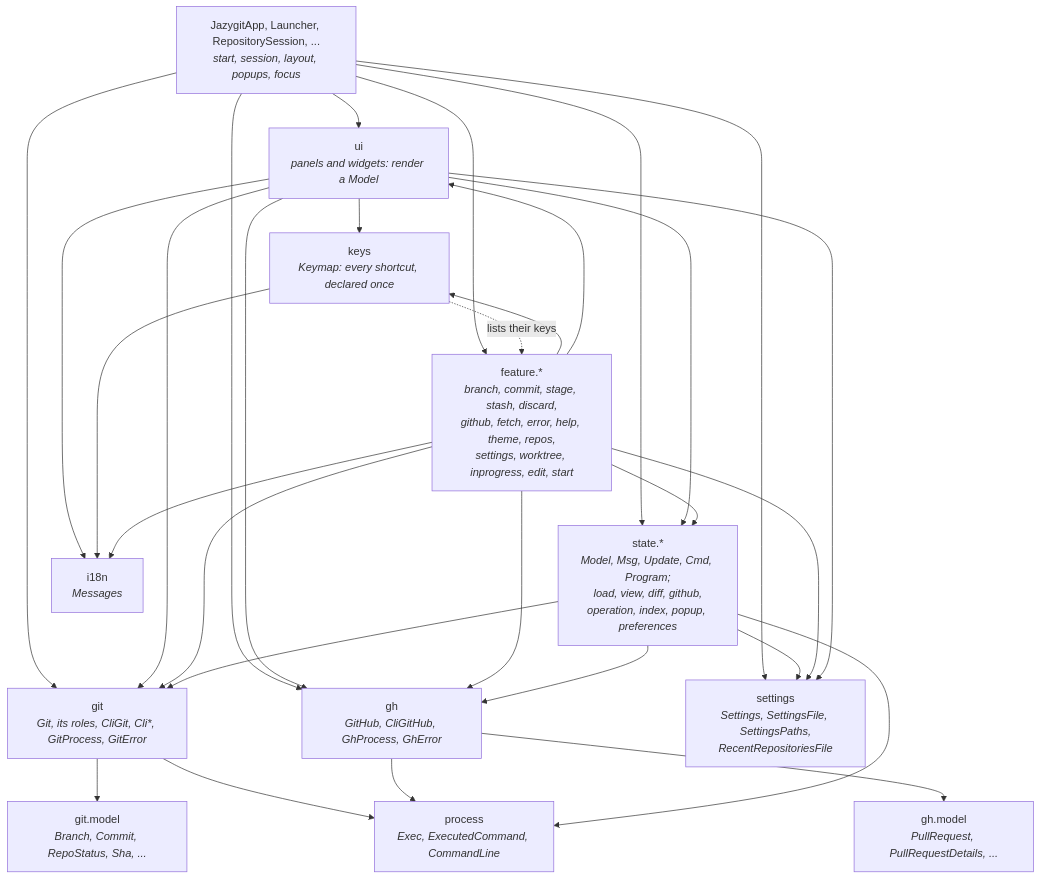
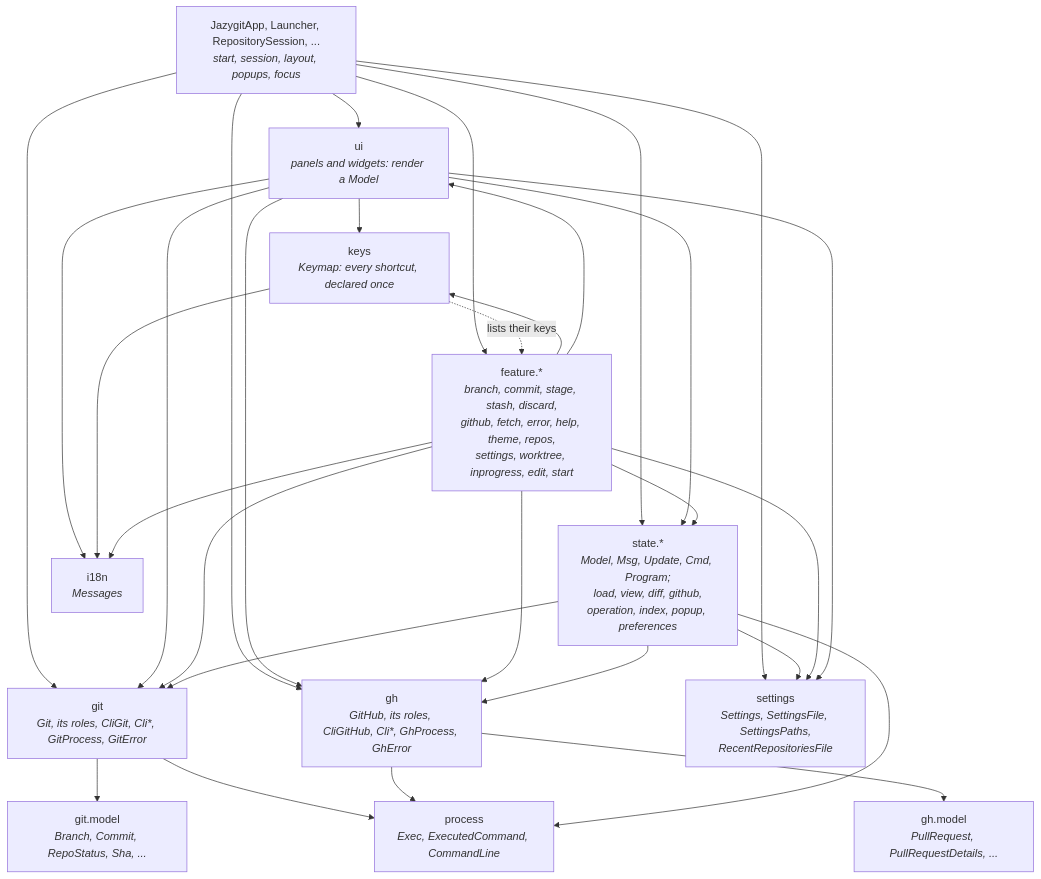
One commit to cvanfleteren/jazygit changed the first of 7 diagrams in ARCHITECTURE.md. Above: the diagram before and after it, drawn with Mermaid. The commit also changed other lines of this file and 99 other files, not shown here.

First line of the commit message:
GitHub in roles: PullRequests, Reviews, Checks, Stacks, Account (ADR 114) (#449)

````diff
--- a/ARCHITECTURE.md
+++ b/ARCHITECTURE.md
@@ -47,45 +47,45 @@
 ```mermaid
 graph TD
     App["JazygitApp, Launcher, RepositorySession, ...<br/><i>start, session, layout, popups, focus</i>"]
     UI["ui<br/><i>panels and widgets: render a Model</i>"]
     Keys["keys<br/><i>Keymap: every shortcut, declared once</i>"]
     Feature["feature.*<br/><i>branch, commit, stage, stash, discard,<br/>github, fetch, error, help, theme, repos,<br/>settings, worktree, inprogress, edit, start</i>"]
     State["state.*<br/><i>Model, Msg, Update, Cmd, Program;<br/>load, view, diff, github,<br/>operation, index, popup, preferences</i>"]
     Git["git<br/><i>Git, its roles, CliGit, Cli*, GitProcess, GitError</i>"]
     GitModel["git.model<br/><i>Branch, Commit, RepoStatus, Sha, ...</i>"]
-    Gh["gh<br/><i>GitHub, CliGitHub, GhProcess, GhError</i>"]
+    Gh["gh<br/><i>GitHub, its roles, CliGitHub, Cli*, GhProcess, GhError</i>"]
     GhModel["gh.model<br/><i>PullRequest, PullRequestDetails, ...</i>"]
     Process["process<br/><i>Exec, ExecutedCommand, CommandLine</i>"]
     I18n["i18n<br/><i>Messages</i>"]
     Settings["settings<br/><i>Settings, SettingsFile, SettingsPaths,<br/>RecentRepositoriesFile</i>"]
 
     App --> UI
     App --> State
     App --> Feature
     App --> Git
     App --> Gh
     UI --> Keys
     UI --> State
     UI --> Git
     UI --> Gh
     Keys -. "lists their keys" .-> Feature
     Feature --> Keys
     Feature --> UI
     Feature --> State
     Feature --> Git
     State --> Git
     Git --> GitModel
     Feature --> Gh
     State --> Gh
     Gh --> GhModel
     Git --> Process
     Gh --> Process
     State --> Process
     UI --> I18n
     App --> Settings
     State --> Settings
     Feature --> Settings
     UI --> Settings
     Keys --> I18n
     Feature --> I18n
 ```
````
